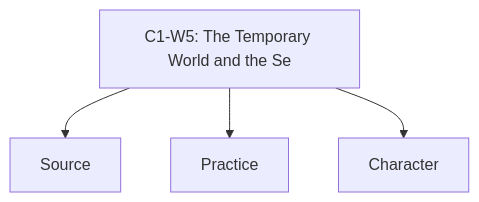
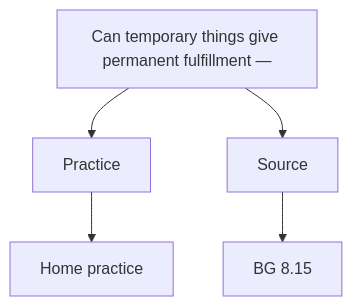
One commit to swap2you/kutumba-family-program changed the diagram in 11-weekly-program-library/first-six-months/c1-w5-the-temporary-world-and-the-search-for-permanent-happiness/visuals/concept-map.mmd. Above: the diagram before and after it, drawn with Mermaid. The commit also changed 155 other files, not shown here.

```diff
--- a/11-weekly-program-library/first-six-months/c1-w5-the-temporary-world-and-the-search-for-permanent-happiness/visuals/concept-map.mmd
+++ b/11-weekly-program-library/first-six-months/c1-w5-the-temporary-world-and-the-search-for-permanent-happiness/visuals/concept-map.mmd
@@ -1,4 +1,5 @@
-flowchart TD
-  A[C1-W5: The Temporary World and the Se] --> B[Source]
-  A --> C[Practice]
-  A --> D[Character]
+flowchart TB
+  Q["Can temporary things give permanent fulfillment — "] --> P[Practice]
+  Q --> S[Source]
+  S --> V[BG 8.15]
+  P --> H[Home practice]
```
